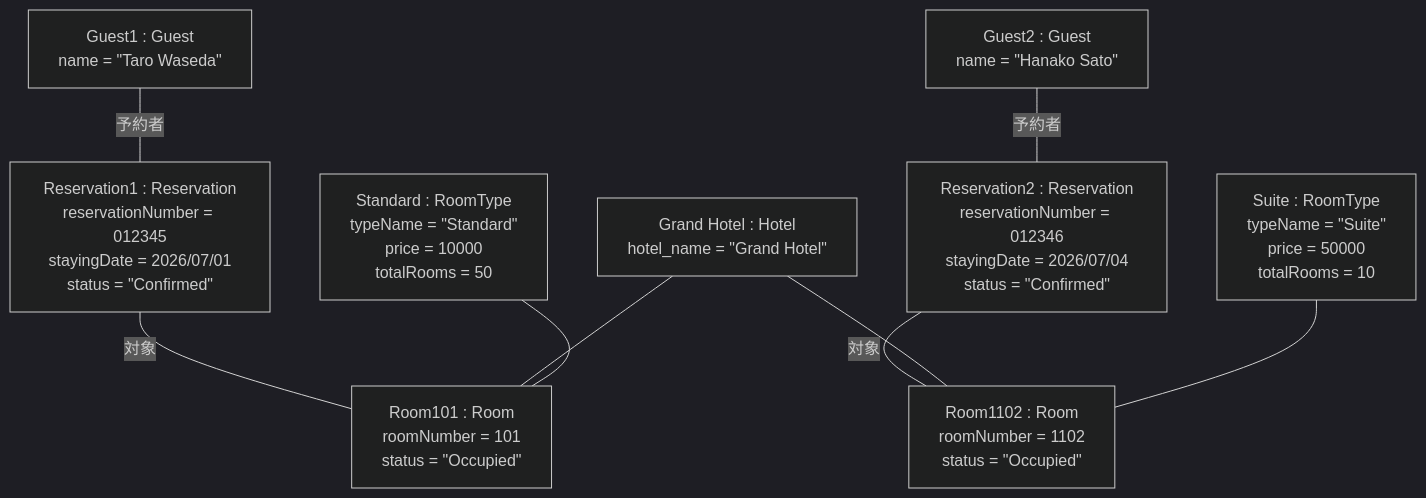
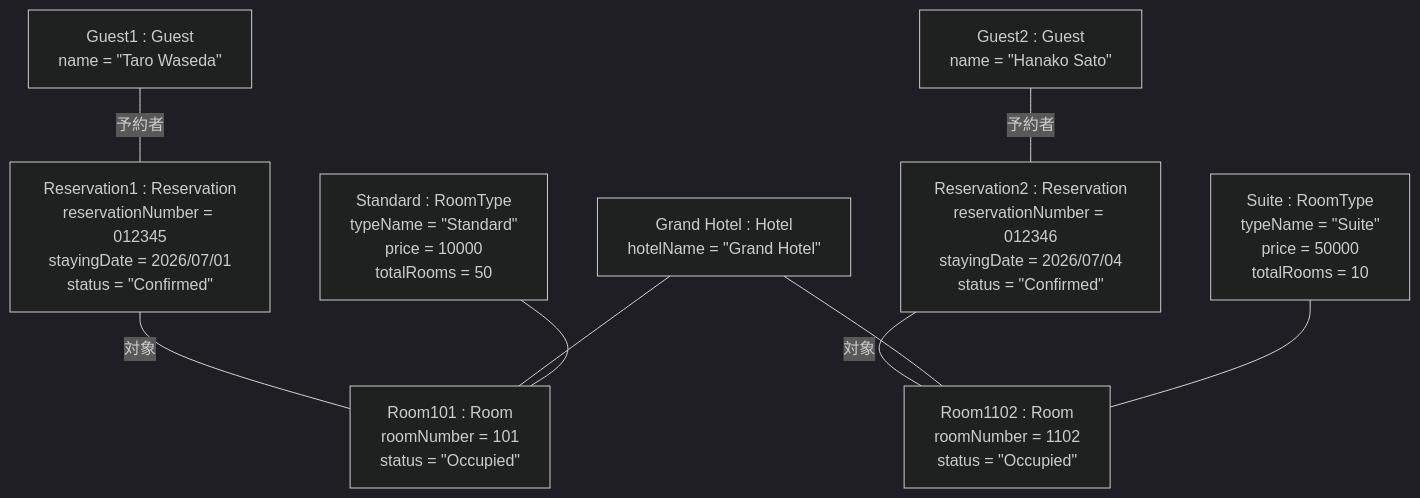
Before and after one commit to Kohki-tyl/HRS: the second of 2 diagrams in Domain_Analysis.md, drawn with Mermaid (dark theme). The commit also changed other lines of this file, not shown here.

First line of the commit message:
Refactor Hotel and Payment class attributes

````diff
--- a/Domain_Analysis.md
+++ b/Domain_Analysis.md
@@ -90,27 +88,27 @@
 ```mermaid
 flowchart TB
-    H["Grand Hotel : Hotel<br/>hotel_name = &quot;Grand Hotel&quot;"]
+    H["Grand Hotel : Hotel<br/>hotelName = &quot;Grand Hotel&quot;"]
     
     RT1["Standard : RoomType<br/>typeName = &quot;Standard&quot;<br/>price = 10000"<br/>totalRooms = 50]
     RT2["Suite : RoomType<br/>typeName = &quot;Suite&quot;<br/>price = 50000"<br/>totalRooms = 10]
 
     G1["Guest1 : Guest<br/>name = &quot;Taro Waseda&quot;"]
     G2["Guest2 : Guest<br/>name = &quot;Hanako Sato&quot;"]
     
     RV1["Reservation1 : Reservation<br/>reservationNumber = 012345<br/>stayingDate = 2026/07/01<br/>status = &quot;Confirmed&quot;" ]
     RV2["Reservation2 : Reservation<br/>reservationNumber = 012346<br/>stayingDate = 2026/07/04<br/>status = &quot;Confirmed&quot;"]
     
     R1["Room101 : Room<br/>roomNumber = 101<br/>status = &quot;Occupied&quot;"]
     R2["Room1102 : Room<br/>roomNumber = 1102<br/>status = &quot;Occupied&quot;"]
 
     G1 ---|予約者| RV1
     G2 ---|予約者| RV2
     RV1 ---|対象| R1
     RV2 ---|対象| R2
     
     H --- R1
     H --- R2
     
     RT1 --- R1
     RT2 --- R2
 ```
````
